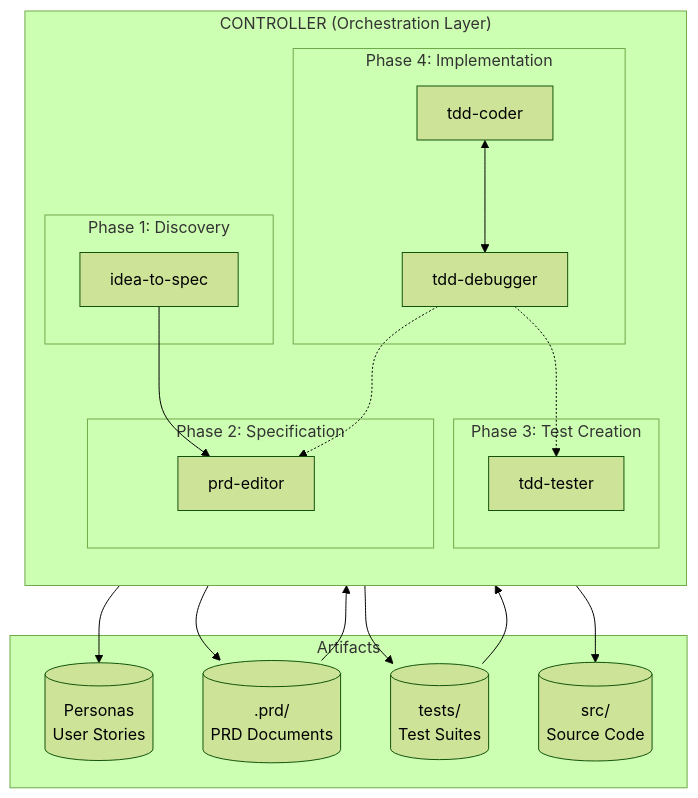
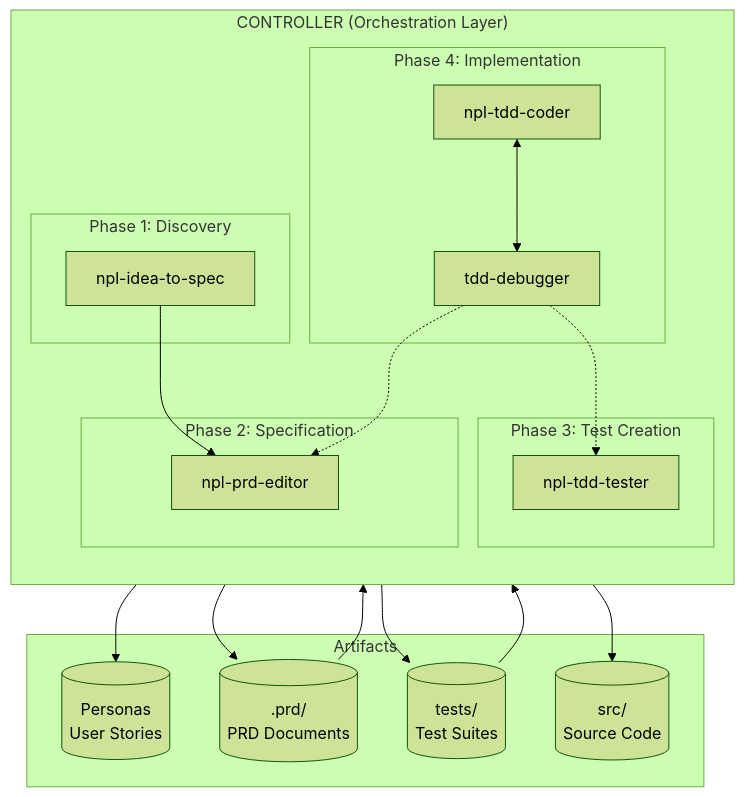
Before and after one commit to noizu-labs-ml/NoizuPromptLingo: the first of 3 diagrams in docs/arch/agent-orchestration.md, drawn with Mermaid (forest theme). The commit also changed other lines of this file and 28 other files, not shown here.

First line of the commit message:
Update architecture and layout maintenance guides

````diff
--- a/docs/arch/agent-orchestration.md
+++ b/docs/arch/agent-orchestration.md
@@ -12,41 +12,41 @@
 ```mermaid
 flowchart TB
     subgraph Controller ["CONTROLLER (Orchestration Layer)"]
         direction TB
         
         subgraph Discovery ["Phase 1: Discovery"]
-            ITS[idea-to-spec]
+            ITS[npl-idea-to-spec]
         end
         
         subgraph Specification ["Phase 2: Specification"]
-            PRD[prd-editor]
+            PRD[npl-prd-editor]
         end
         
         subgraph Testing ["Phase 3: Test Creation"]
-            TDD[tdd-tester]
+            TDD[npl-tdd-tester]
         end
         
         subgraph Implementation ["Phase 4: Implementation"]
-            CODER[tdd-coder]
+            CODER[npl-tdd-coder]
             DBG[tdd-debugger]
         end
     end
     
     subgraph Artifacts
         PERS[(Personas<br/>User Stories)]
         PRDDOC[(.prd/<br/>PRD Documents)]
         TESTS[(tests/<br/>Test Suites)]
         SRC[(src/<br/>Source Code)]
     end
     
     ITS --> PERS
     ITS --> PRD
     PRD --> PRDDOC
     PRDDOC --> TDD
     TDD --> TESTS
     TESTS --> CODER
     CODER --> SRC
     CODER <--> DBG
     DBG -.-> TDD
     DBG -.-> PRD
 ```
````
